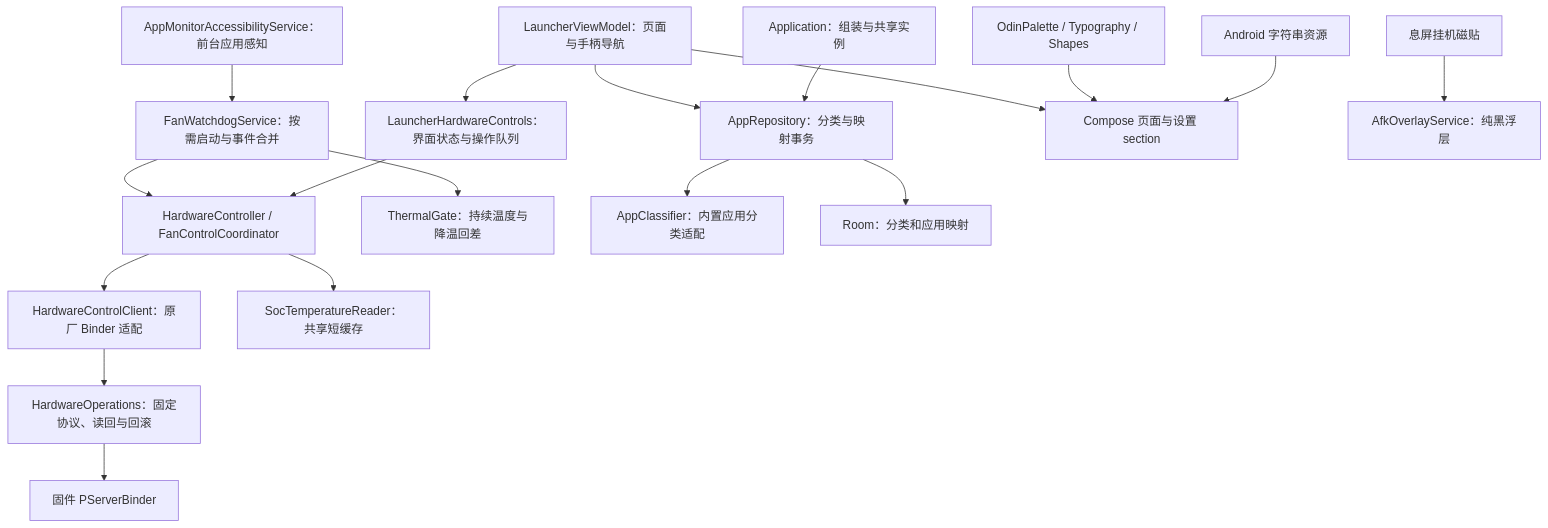
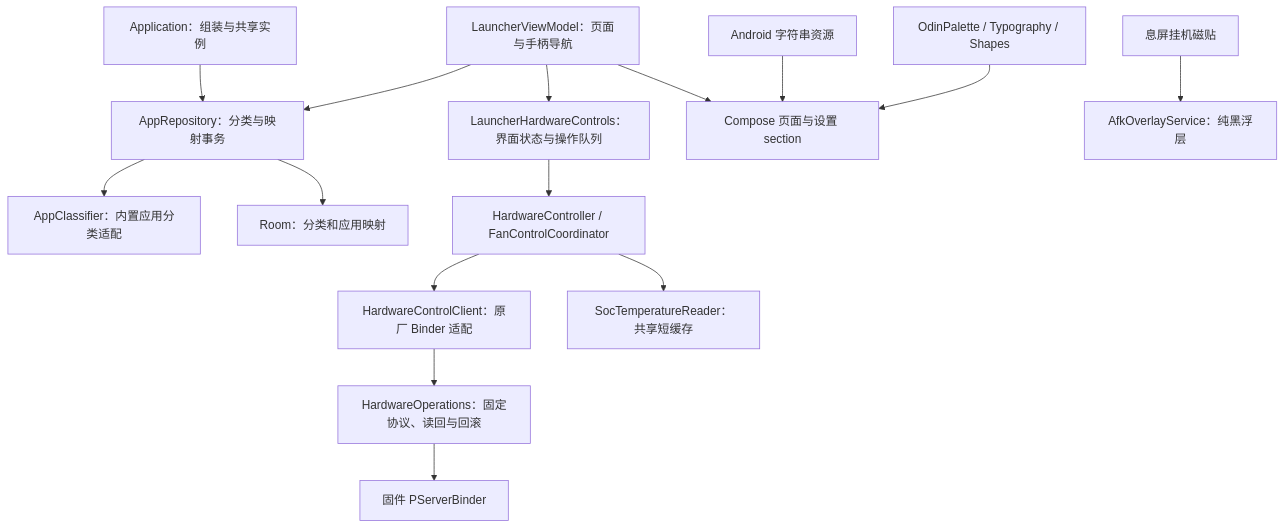
Before and after one commit to LeXwDeX/odin3-desktop: the diagram in docs/architecture.md, drawn with Mermaid. The commit also changed other lines of this file and 36 other files, not shown here.

````diff
--- a/docs/architecture.md
+++ b/docs/architecture.md
@@ -7,20 +7,17 @@
 ```mermaid
 flowchart TD
     App[Application：组装与共享实例] --> Repo[AppRepository：分类与映射事务]
     VM[LauncherViewModel：页面与手柄导航] --> Repo
     VM --> Controls[LauncherHardwareControls：界面状态与操作队列]
     Controls --> Hardware[HardwareController / FanControlCoordinator]
     Hardware --> Native[HardwareControlClient：原厂 Binder 适配]
     Native --> Operations[HardwareOperations：固定协议、读回与回滚]
     Operations --> OEM[固件 PServerBinder]
-    Monitor[AppMonitorAccessibilityService：前台应用感知] --> Watchdog[FanWatchdogService：按需启动与事件合并]
-    Watchdog --> Hardware
-    Watchdog --> Thermal[ThermalGate：持续温度与降温回差]
     Hardware --> Sensors[SocTemperatureReader：共享短缓存]
     Repo --> Classifier[AppClassifier：内置应用分类适配]
     Repo --> Room[Room：分类和应用映射]
     Locale[Android 字符串资源] --> UI[Compose 页面与设置 section]
     Palette[OdinPalette / Typography / Shapes] --> UI
     VM --> UI
     AfkTile[息屏挂机磁贴] --> Afk[AfkOverlayService：纯黑浮层]
 ```
````
